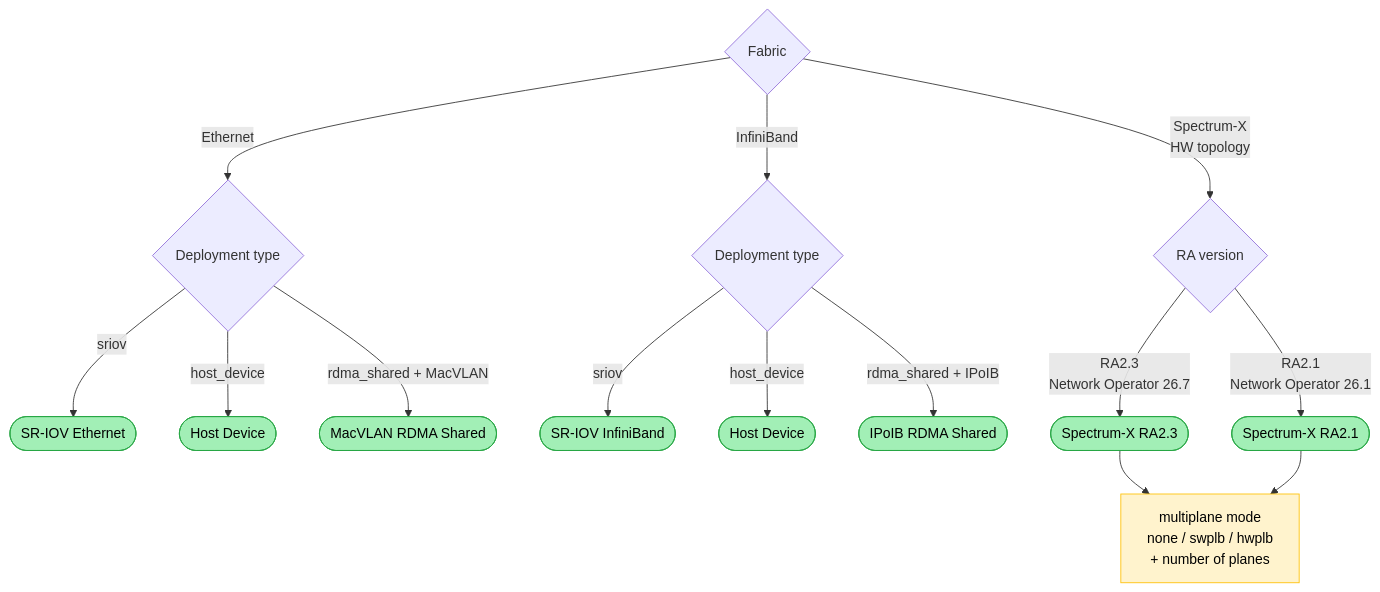
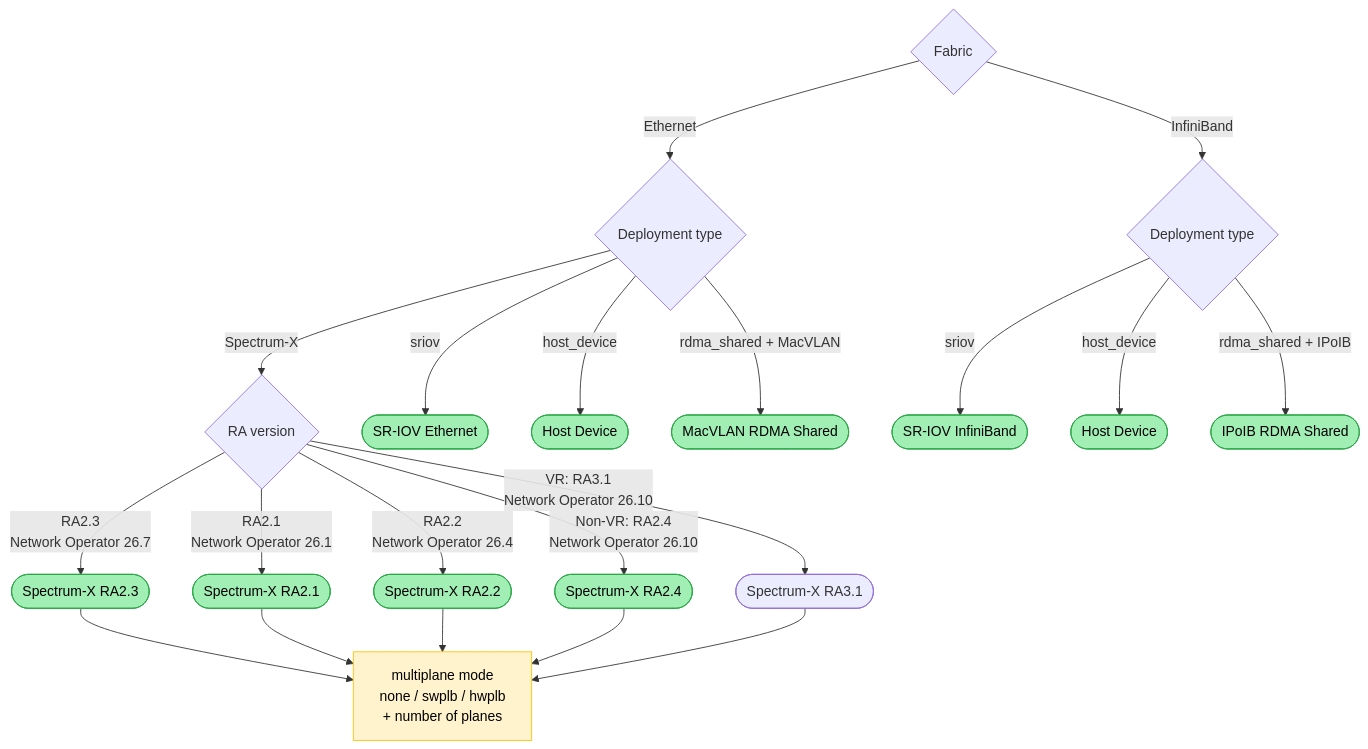
The diagram in docs/upstream/nvidia-network-operator-docs/docs/k8s-launch-kit/profiles/profiles.rst (team-redbull/redbull-brain), drawn with Mermaid before and after one commit. The commit also changed other lines of this file and 115 other files, not shown here.

```diff
--- a/docs/upstream/nvidia-network-operator-docs/docs/k8s-launch-kit/profiles/profiles.rst
+++ b/docs/upstream/nvidia-network-operator-docs/docs/k8s-launch-kit/profiles/profiles.rst
@@ -51,25 +51,31 @@
 .. mermaid::
 
    flowchart TD
        Start{Fabric}
        Start -->|Ethernet| EthDT{Deployment type}
        Start -->|InfiniBand| IBDT{Deployment type}
-       Start -->|Spectrum-X<br/>HW topology| SPCXRA{RA version}
+       EthDT -->|Spectrum-X| SPCXRA{RA version}
 
        EthDT -->|sriov| SRIOVE([SR-IOV Ethernet])
        EthDT -->|host_device| HDE([Host Device])
        EthDT -->|rdma_shared + MacVLAN| MV([MacVLAN RDMA Shared])
 
        IBDT -->|sriov| SRIOVIB([SR-IOV InfiniBand])
        IBDT -->|host_device| HDI([Host Device])
        IBDT -->|rdma_shared + IPoIB| IPOIB([IPoIB RDMA Shared])
 
+       SPCXRA -->|Non-VR: RA2.4<br/>Network Operator 26.10| SX4([Spectrum-X RA2.4])
+       SPCXRA -->|VR: RA3.1<br/>Network Operator 26.10| SX31([Spectrum-X RA3.1])
+       SPCXRA -->|RA2.2<br/>Network Operator 26.4| SX2([Spectrum-X RA2.2])
        SPCXRA -->|RA2.3<br/>Network Operator 26.7| SX3([Spectrum-X RA2.3])
        SPCXRA -->|RA2.1<br/>Network Operator 26.1| SX1([Spectrum-X RA2.1])
        SX3 --> MPM[multiplane mode<br/>none / swplb / hwplb<br/>+ number of planes]
        SX1 --> MPM
+       SX2 --> MPM
+       SX4 --> MPM
+       SX31 --> MPM
 
        classDef profile fill:#a2efb6,stroke:#28a745,color:#000
        classDef params fill:#fff3cd,stroke:#ffc107,color:#000
-       class SRIOVE,HDE,MV,SRIOVIB,HDI,IPOIB,SX1,SX3 profile
+       class SRIOVE,HDE,MV,SRIOVIB,HDI,IPOIB,SX1,SX2,SX3,SX4 profile
        class MPM params
```
